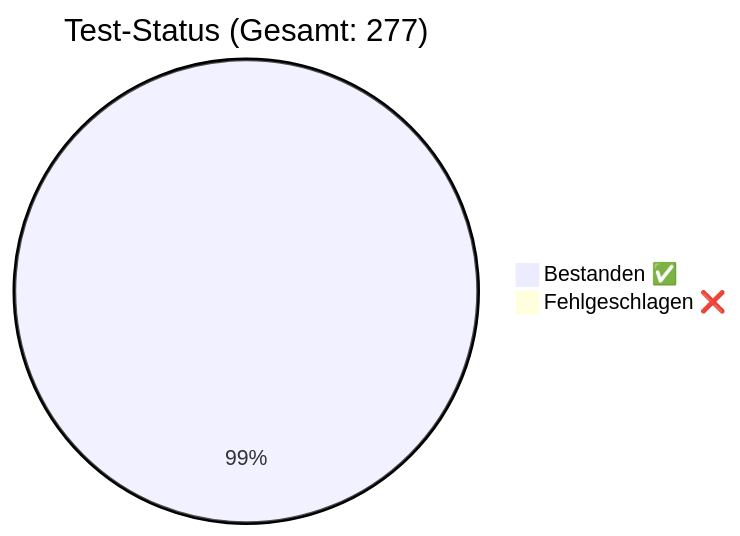
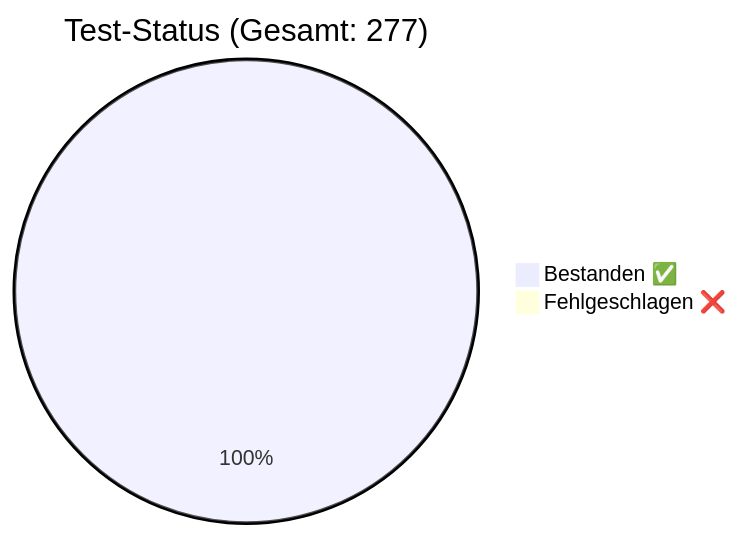
Before and after one commit to rorila/GCS: the diagram in docs/QA_Report.md, drawn with Mermaid. The commit also changed other lines of this file and 44 other files, not shown here.

````diff
--- a/docs/QA_Report.md
+++ b/docs/QA_Report.md
@@ -8,5 +8,5 @@
 ```mermaid
 pie title Test-Status (Gesamt: 277)
-    "Bestanden ✅" : 275
-    "Fehlgeschlagen ❌" : 2
+    "Bestanden ✅" : 277
+    "Fehlgeschlagen ❌" : 0
 ```
````
